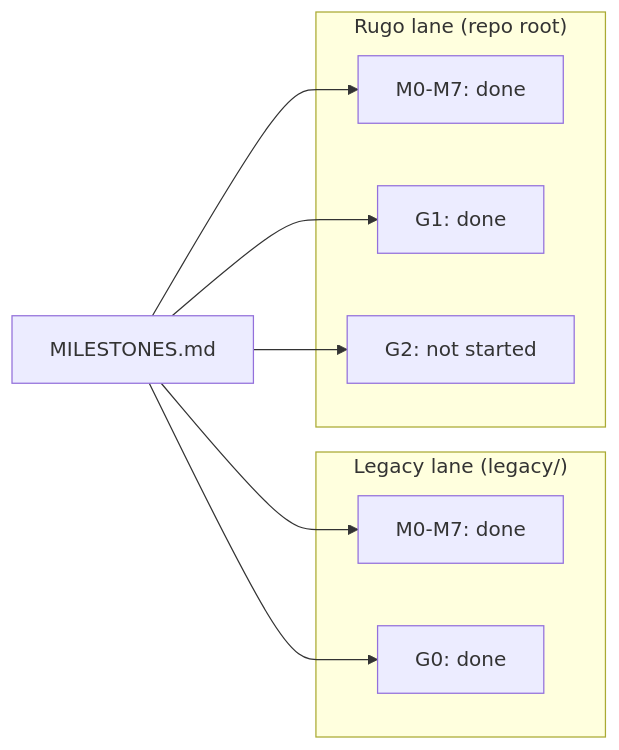
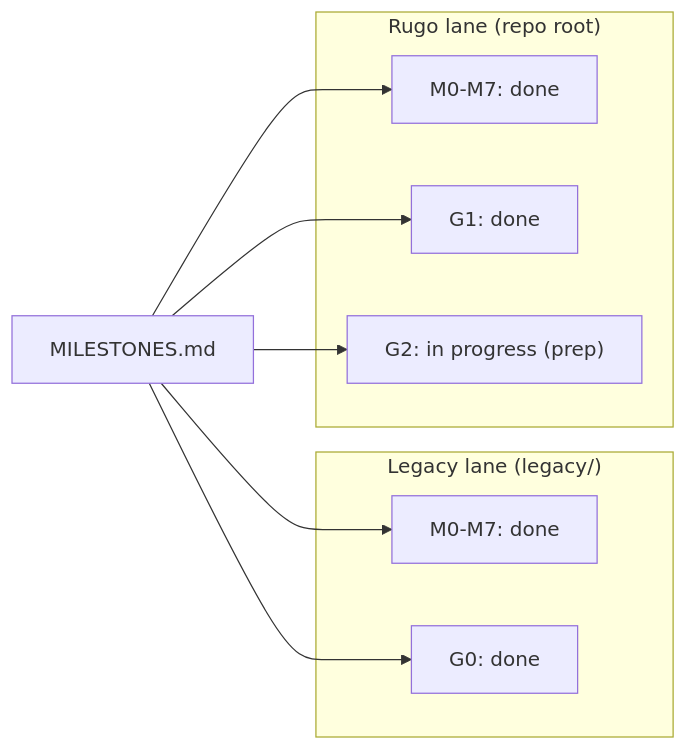
One commit to Maxencejules/Rugo changed the diagram in docs/visuals/lanes.mmd. Above: the diagram before and after it, drawn with Mermaid. The commit also changed 5 other files, not shown here.

Commit message:
g2: add std-go scaffold and mark prep in progress

```diff
--- a/docs/visuals/lanes.mmd
+++ b/docs/visuals/lanes.mmd
@@ -1,19 +1,19 @@
 flowchart LR
     source["MILESTONES.md"]
 
     subgraph legacy_lane["Legacy lane (legacy/)"]
         l1["M0-M7: done"]
         l2["G0: done"]
     end
 
     subgraph rugo_lane["Rugo lane (repo root)"]
         r1["M0-M7: done"]
         r2["G1: done"]
-        r3["G2: not started"]
+        r3["G2: in progress (prep)"]
     end
 
     source --> l1
     source --> l2
     source --> r1
     source --> r2
     source --> r3
```
